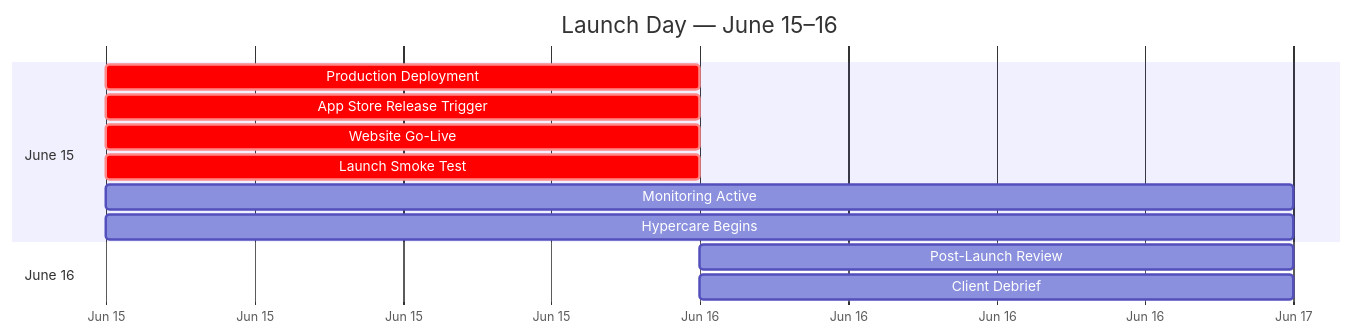
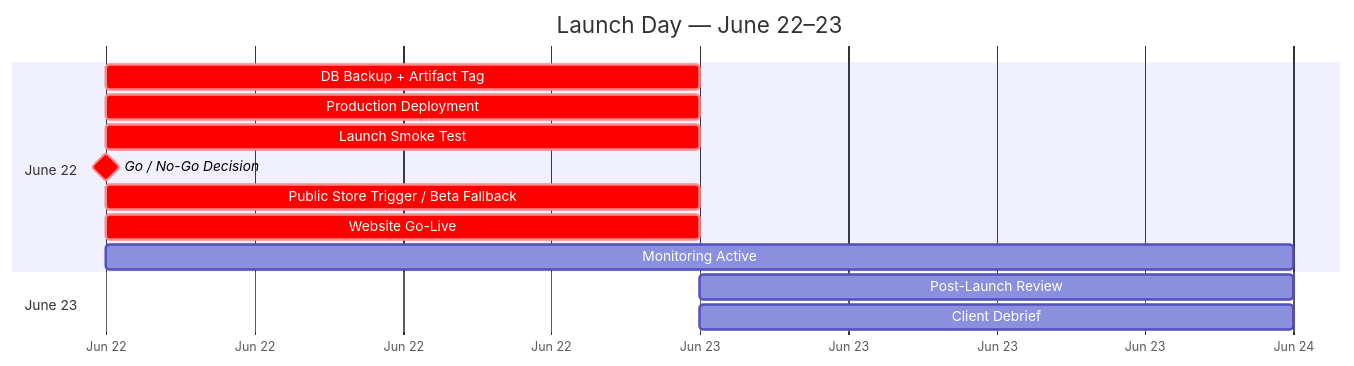
The eighth of 8 diagrams in product-plans/2026-05-13/launch-plan.md (joachimtrungtuan/hairline-pm-docs), drawn with Mermaid before and after one commit. The commit also changed other lines of this file, not shown here.

````diff
--- a/product-plans/2026-05-13/launch-plan.md
+++ b/product-plans/2026-05-13/launch-plan.md
@@ -503,18 +1107,19 @@
 ```mermaid
 gantt
-    title Launch Day — June 15–16
+    title Launch Day — June 22–23
     dateFormat YYYY-MM-DD
     axisFormat %b %d
 
-    section June 15
-    Production Deployment        :crit, deploy, 2026-06-15, 1d
-    App Store Release Trigger    :crit, apprelease, 2026-06-15, 1d
-    Website Go-Live              :crit, webgo, 2026-06-15, 1d
-    Launch Smoke Test            :crit, smoketest, 2026-06-15, 1d
-    Monitoring Active            :monitoring, 2026-06-15, 2d
-    Hypercare Begins             :hypercare, 2026-06-15, 2d
+    section June 22
+    DB Backup + Artifact Tag     :crit, backup, 2026-06-22, 1d
+    Production Deployment        :crit, deploy, 2026-06-22, 1d
+    Launch Smoke Test            :crit, smoketest, 2026-06-22, 1d
+    Go / No-Go Decision          :crit, milestone, 2026-06-22, 0d
+    Public Store Trigger / Beta Fallback :crit, apprelease, 2026-06-22, 1d
+    Website Go-Live              :crit, webgo, 2026-06-22, 1d
+    Monitoring Active            :monitoring, 2026-06-22, 2d
 
-    section June 16
-    Post-Launch Review           :review, 2026-06-16, 1d
-    Client Debrief               :debrief, 2026-06-16, 1d
+    section June 23
+    Post-Launch Review           :review, 2026-06-23, 1d
+    Client Debrief               :debrief, 2026-06-23, 1d
 ```
````
